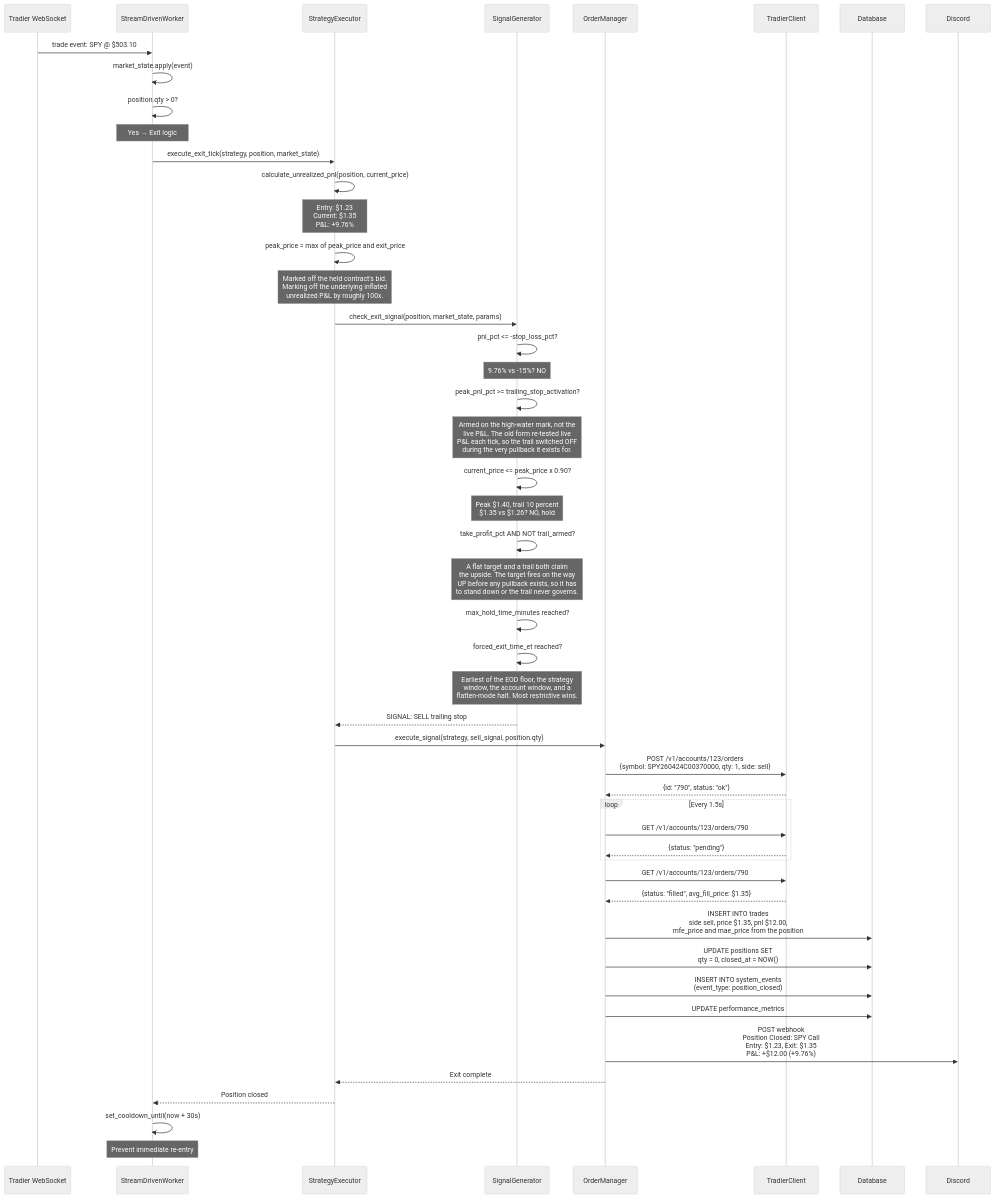
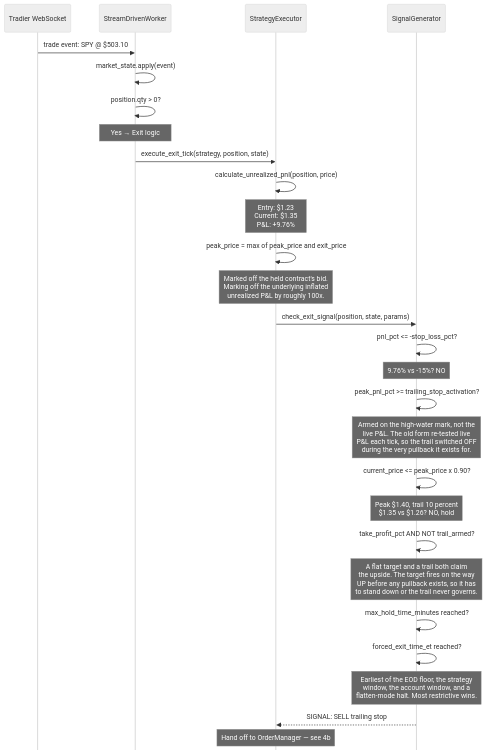
One commit to PirateKingSteve-0/VegaPunkR changed the eighth of 22 diagrams in docs/architecture-diagram.md. Above: the diagram before and after it, drawn with Mermaid (neutral theme). The commit also changed other lines of this file and 14 other files, not shown here.

````diff
--- a/docs/architecture-diagram.md
+++ b/docs/architecture-diagram.md
@@ -381,35 +403,26 @@
 ```mermaid
+%%{init: {'sequence': {'actorMargin': 10, 'width': 130, 'mirrorActors': false}}}%%
 sequenceDiagram
     participant WS as Tradier WebSocket
     participant SDW as StreamDrivenWorker
     participant SE as StrategyExecutor
     participant SG as SignalGenerator
-    participant OM as OrderManager
-    participant TC as TradierClient
-    participant DB as Database
-    participant Discord as Discord
 
-    %% Stream event arrives
     WS->>SDW: trade event: SPY @ $503.10
     SDW->>SDW: market_state.apply(event)
-
-    %% Check position state
     SDW->>SDW: position.qty > 0?
     Note over SDW: Yes → Exit logic
 
-    %% Execute exit tick
-    SDW->>SE: execute_exit_tick(strategy, position, market_state)
+    SDW->>SE: execute_exit_tick(strategy, position, state)
 
-    %% Get current P&L
-    SE->>SE: calculate_unrealized_pnl(position, current_price)
+    SE->>SE: calculate_unrealized_pnl(position, price)
     Note over SE: Entry: $1.23<br/>Current: $1.35<br/>P&L: +9.76%
 
     %% High-water mark, kept on the CONTRACT not the underlying
     SE->>SE: peak_price = max of peak_price and exit_price
     Note over SE: Marked off the held contract's bid.<br/>Marking off the underlying inflated<br/>unrealized P&L by roughly 100x.
 
-    %% Check exit signals
-    SE->>SG: check_exit_signal(position, market_state, params)
+    SE->>SG: check_exit_signal(position, state, params)
 
     %% 1. Stop loss — evaluated first, never gated behind anything
     SG->>SG: pnl_pct <= -stop_loss_pct?
@@ -431,36 +444,5 @@
     Note over SG: Earliest of the EOD floor, the strategy<br/>window, the account window, and a<br/>flatten-mode halt. Most restrictive wins.
 
     SG-->>SE: SIGNAL: SELL trailing stop
-
-    %% Execute sell order
-    SE->>OM: execute_signal(strategy, sell_signal, position.qty)
-
-    %% Place order
-    OM->>TC: POST /v1/accounts/123/orders<br/>{symbol: SPY260424C00370000, qty: 1, side: sell}
-    TC-->>OM: {id: "790", status: "ok"}
-
-    %% Poll for fill
-    loop Every 1.5s
-        OM->>TC: GET /v1/accounts/123/orders/790
-        TC-->>OM: {status: "pending"}
-    end
-
-    OM->>TC: GET /v1/accounts/123/orders/790
-    TC-->>OM: {status: "filled", avg_fill_price: $1.35}
-
-    %% Update database
-    OM->>DB: INSERT INTO trades<br/>side sell, price $1.35, pnl $12.00,<br/>mfe_price and mae_price from the position
-    OM->>DB: UPDATE positions SET<br/>qty = 0, closed_at = NOW()
-    OM->>DB: INSERT INTO system_events<br/>(event_type: position_closed)
-    OM->>DB: UPDATE performance_metrics
-
-    %% Notifications
-    OM->>Discord: POST webhook<br/>Position Closed: SPY Call<br/>Entry: $1.23, Exit: $1.35<br/>P&L: +$12.00 (+9.76%)
-
-    OM-->>SE: Exit complete
-    SE-->>SDW: Position closed
-
-    %% Re-entry cooldown
-    SDW->>SDW: set_cooldown_until(now + 30s)
-    Note over SDW: Prevent immediate re-entry
+    Note over SE: Hand off to OrderManager — see 4b
 ```
````
